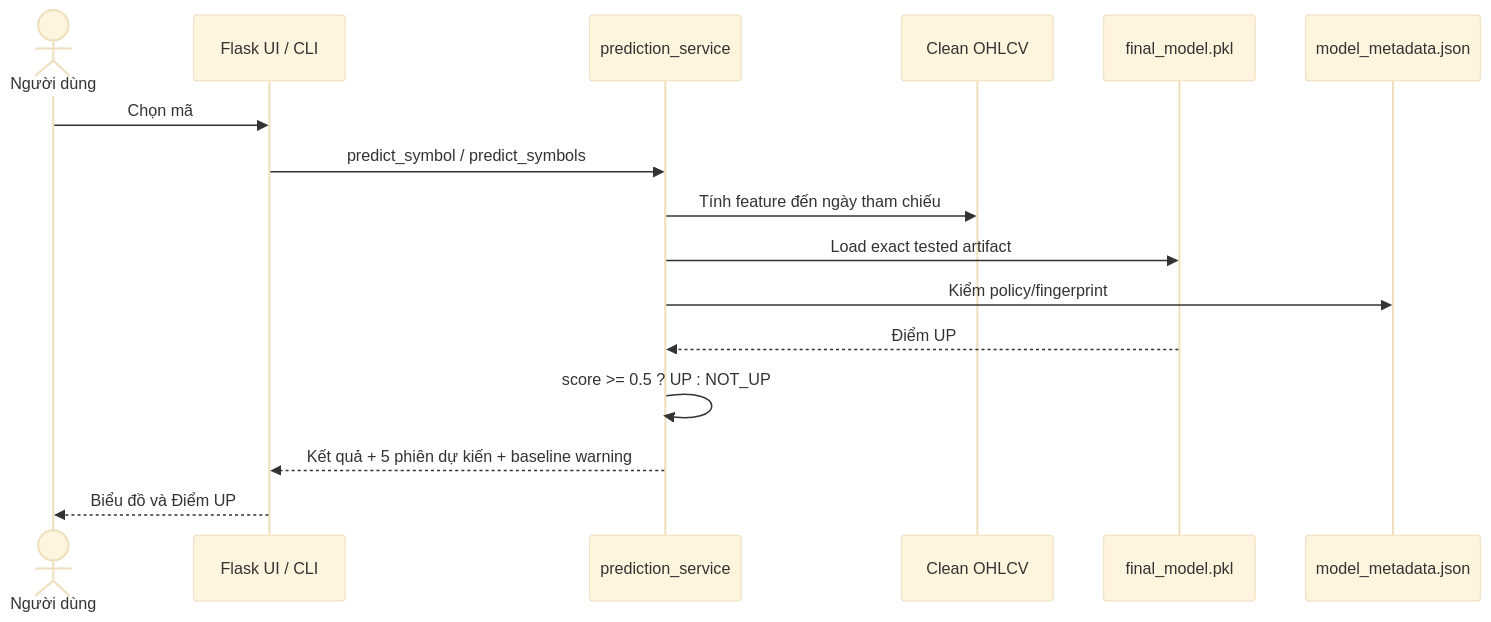
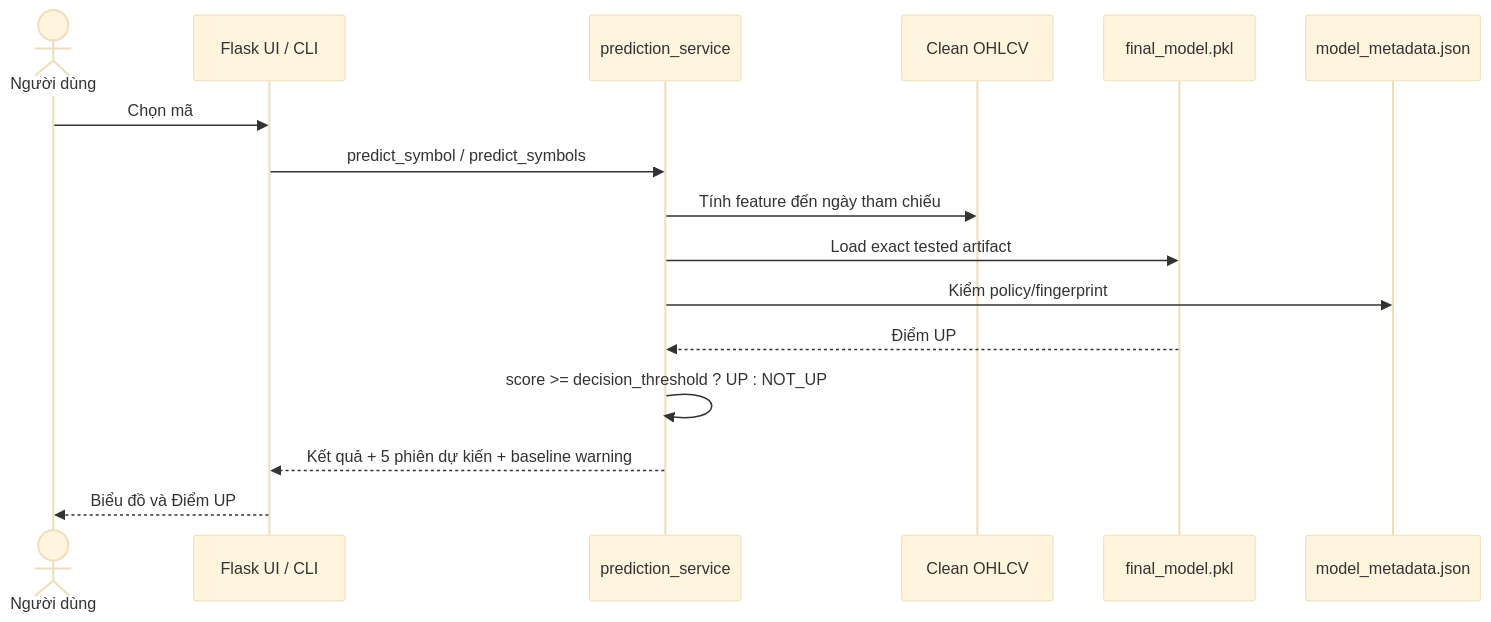
One commit to human6004/stock-prediction-ml changed the fifth of 6 diagrams in docs/SO_DO_KIEN_TRUC_HE_THONG.md. Above: the diagram before and after it, drawn with Mermaid (base theme). The commit also changed other lines of this file and 22 other files, not shown here.

````diff
--- a/docs/SO_DO_KIEN_TRUC_HE_THONG.md
+++ b/docs/SO_DO_KIEN_TRUC_HE_THONG.md
@@ -90,19 +89,19 @@
 ```mermaid
 sequenceDiagram
     actor User as Người dùng
     participant UI as Flask UI / CLI
     participant Service as prediction_service
     participant Data as Clean OHLCV
     participant Model as final_model.pkl
     participant Meta as model_metadata.json
 
     User->>UI: Chọn mã
     UI->>Service: predict_symbol / predict_symbols
     Service->>Data: Tính feature đến ngày tham chiếu
     Service->>Model: Load exact tested artifact
     Service->>Meta: Kiểm policy/fingerprint
     Model-->>Service: Điểm UP
-    Service->>Service: score >= 0.5 ? UP : NOT_UP
+    Service->>Service: score >= decision_threshold ? UP : NOT_UP
     Service-->>UI: Kết quả + 5 phiên dự kiến + baseline warning
     UI-->>User: Biểu đồ và Điểm UP
 ```
````
